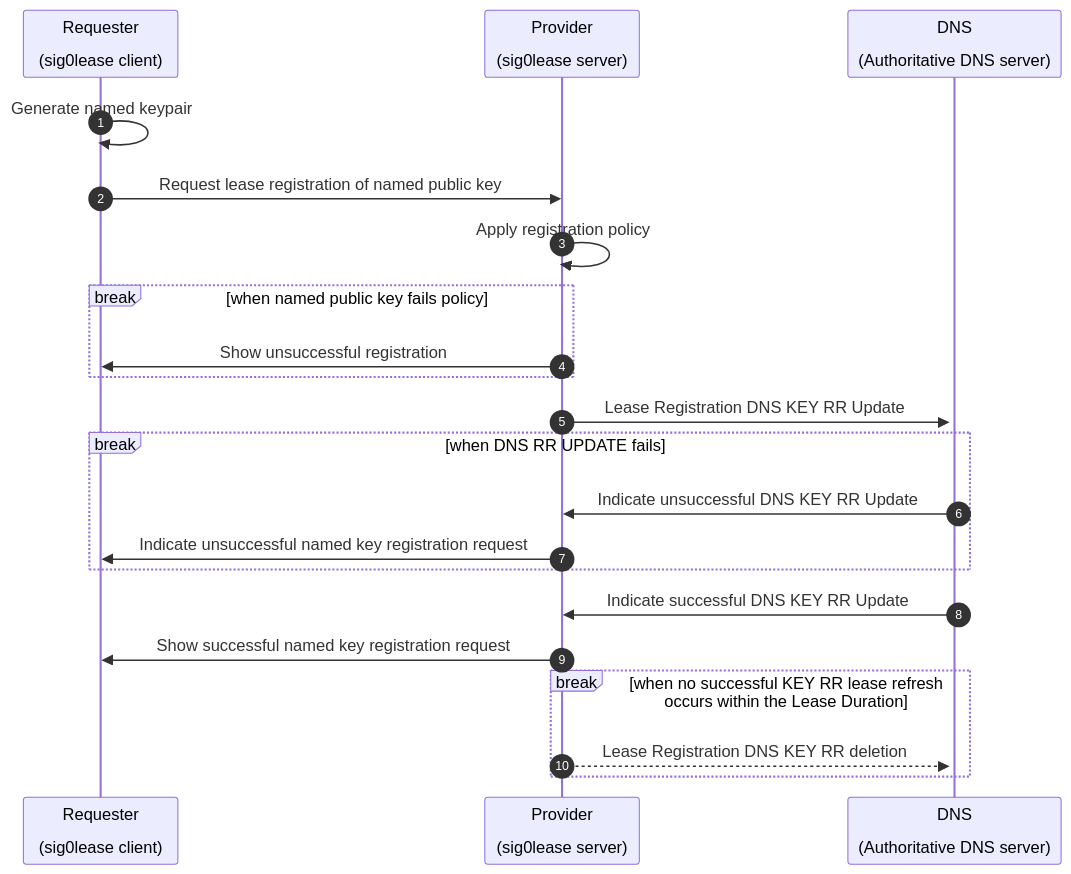
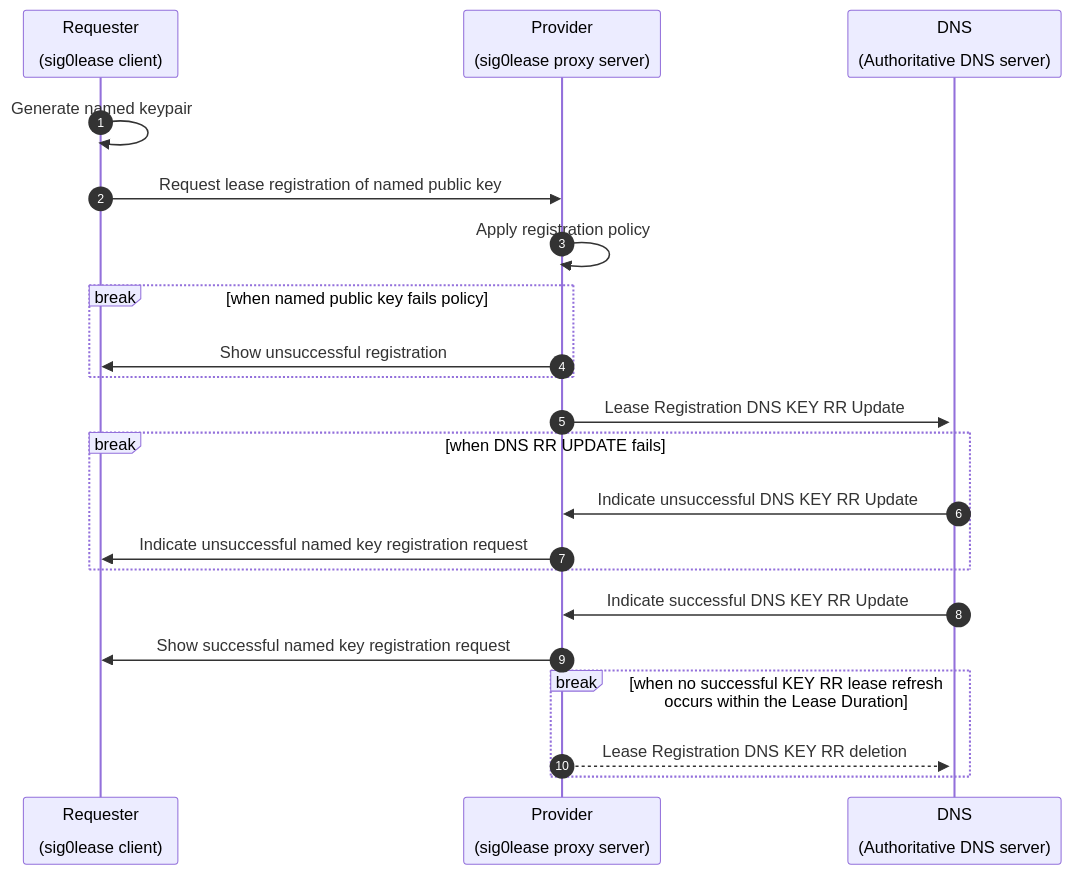
The first of 2 diagrams in README.md (NetworkCommons/sig0lease), drawn with Mermaid before and after one commit.

Commit message:
adds proxy to sig0lease server

````diff
--- a/README.md
+++ b/README.md
@@ -69,24 +69,24 @@
 ```mermaid
 sequenceDiagram
 autonumber
   participant R as Requester<br><br>(sig0lease client)
-  participant P as Provider<br><br>(sig0lease server)
+  participant P as Provider<br><br>(sig0lease proxy server)
   participant D as DNS<br><br>(Authoritative DNS server)
 
   R->>R: Generate named keypair
   R->>P: Request lease registration of named public key
   P->>P: Apply registration policy
   break when named public key fails policy
     P->>R: Show unsuccessful registration
   end
   P->>+D: Lease Registration DNS KEY RR Update
   break when DNS RR UPDATE fails
     D->>P: Indicate unsuccessful DNS KEY RR Update
     P->>R: Indicate unsuccessful named key registration request
   end
   D->>P: Indicate successful DNS KEY RR Update
   P->>R: Show successful named key registration request
   break when no successful KEY RR lease refresh occurs within the Lease Duration 
     P-->>D: Lease Registration DNS KEY RR deletion 
   end
 ```
````
